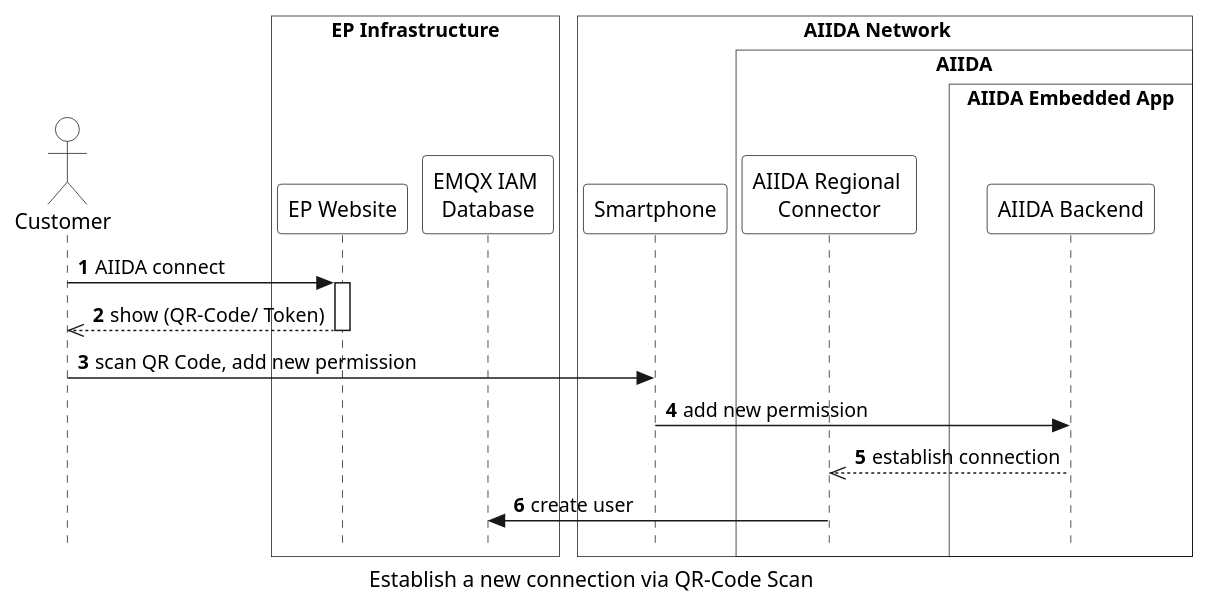
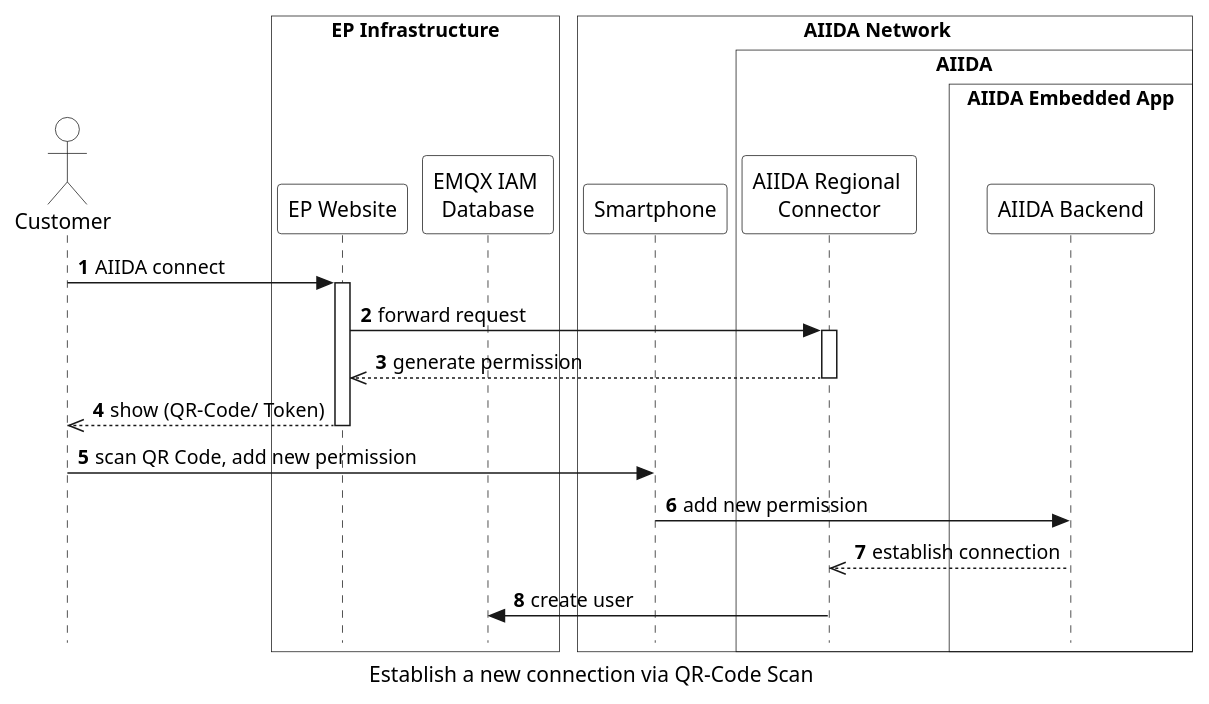
Before and after one commit to eddie-energy/architecture: the diagram in arc42/aiida/runtime-view/figures/aiida_new_connection_qr.puml, drawn with PlantUML. The commit also changed 10 other files, not shown here.

```diff
--- a/arc42/aiida/runtime-view/figures/aiida_new_connection_qr.puml
+++ b/arc42/aiida/runtime-view/figures/aiida_new_connection_qr.puml
@@ -1,47 +1,50 @@
 @startuml aiida_new_connection_qr
 'sequence diagram
 caption Establish a new connection via QR-Code Scan
 
 skinparam style strictuml
 skinparam sequence {
   ParticipantBackgroundColor transparent
   ActorBackgroundColor transparent
 }
 
 autonumber
 !pragma teoz true
 
 actor "Customer" as user
 box "EP Infrastructure" #transparent
   participant "EP Website" as website
   participant "EMQX IAM \nDatabase" as database
 end box
 box "\tAIIDA Network\t\t"  #transparent
   participant "Smartphone" as smartphone  
     box "AIIDA" #transparent
     participant "AIIDA Regional \nConnector" as connector
        box "AIIDA Embedded App" #transparent
       participant "AIIDA Backend" as backend
     end box
   end box
 
 
 user -> website : AIIDA connect
 activate website
-
+website -> connector : forward request
+activate connector
+connector -->> website : generate permission
+deactivate connector
   website -->> user : show (QR-Code/ Token)
 deactivate website
 
 
   user -> smartphone : scan QR Code, add new permission
 
     smartphone -> backend : add new permission
    
 
     backend -->> connector : establish connection
 
     connector -> database : create user
 
 
 
 @enduml
```
